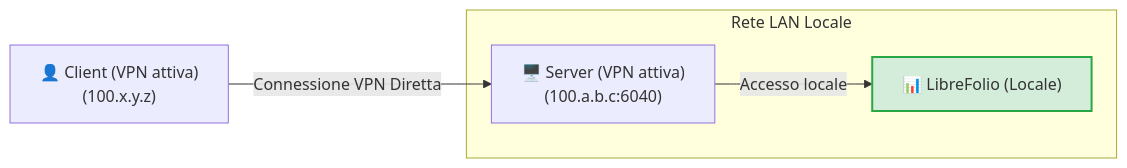
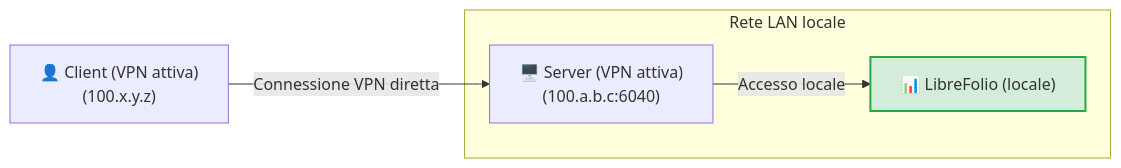
Before and after one commit to Librefolio/LibreFolio: the second of 5 diagrams in mkdocs_src/docs/admin/service_exposure.it.md, drawn with Mermaid. The commit also changed other lines of this file and 430 other files, not shown here.

````diff
--- a/mkdocs_src/docs/admin/service_exposure.it.md
+++ b/mkdocs_src/docs/admin/service_exposure.it.md
@@ -91,8 +96,8 @@
 ```mermaid
 graph LR
- Client["👤 Client (VPN attiva)<br>(100.x.y.z)"] -->|Connessione VPN Diretta| Server["🖥️ Server (VPN attiva)<br>(100.a.b.c:6040)"]
- subgraph LAN ["Rete LAN Locale"]
- Server -->|Accesso locale| LibreFolio["📊 LibreFolio (Locale)"]
- end
- style LibreFolio fill:#d4edda,stroke:#28a745,stroke-width:2px;
+    Client["👤 Client (VPN attiva)<br>(100.x.y.z)"] -->|Connessione VPN diretta| Server["🖥️ Server (VPN attiva)<br>(100.a.b.c:6040)"]
+    subgraph LAN ["Rete LAN locale"]
+        Server -->|Accesso locale| LibreFolio["📊 LibreFolio (locale)"]
+    end
+    style LibreFolio fill:#d4edda,stroke:#28a745,stroke-width:2px;
 ```
````
